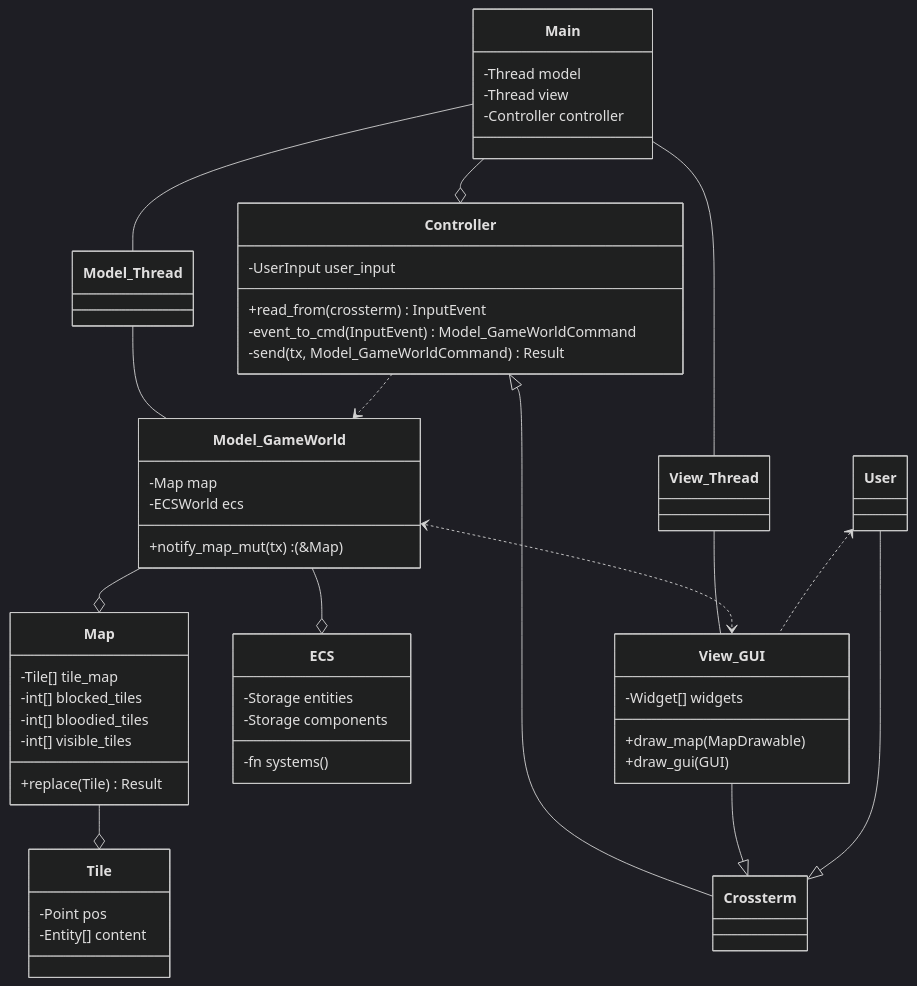
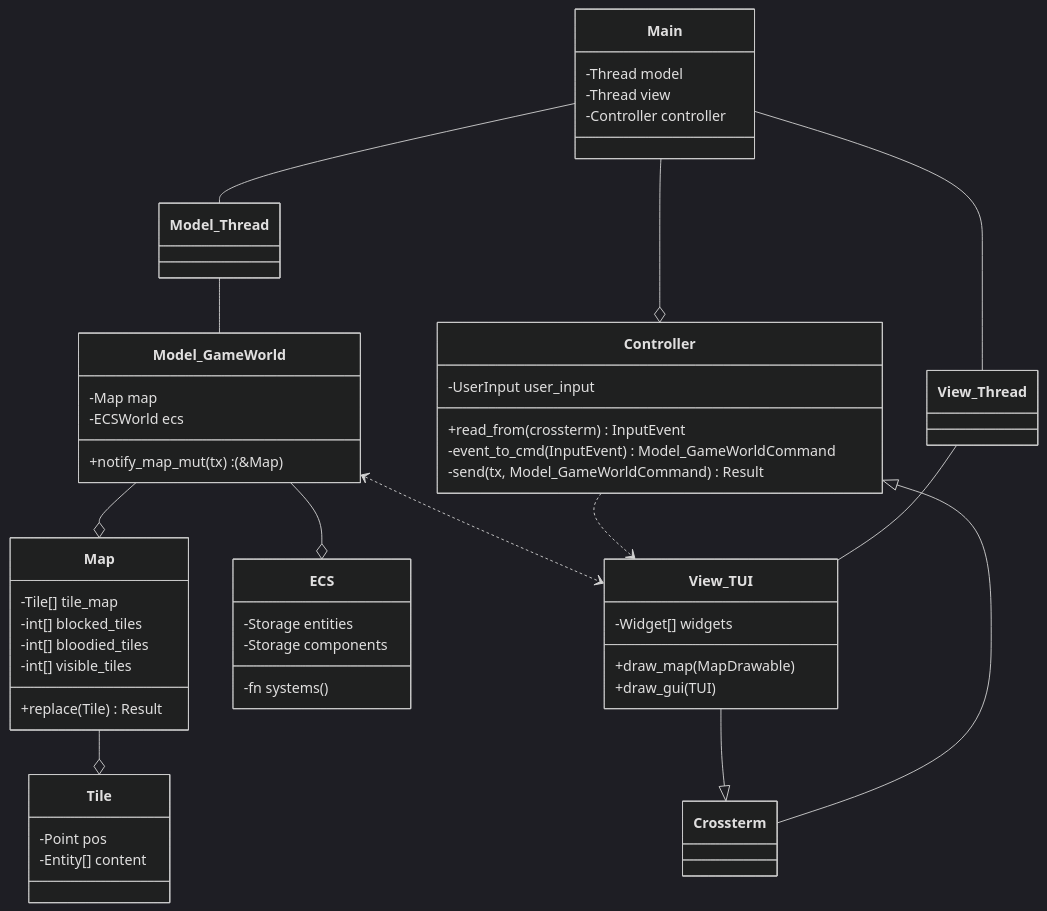
Before and after one commit to Jerome-M-StMartin/goblin-rl: the diagram in mermaid/class_diagram.md, drawn with Mermaid (dark theme). The commit also changed 11 other files, not shown here.

Commit message:
channel architecture and control flow updated, map work, etc.

```diff
--- a/mermaid/class_diagram.md
+++ b/mermaid/class_diagram.md
@@ -50,25 +50,23 @@
             -fn systems()
         }
 
-    class View_GUI {
+    class View_TUI {
         -Widget[] widgets
 
         +draw_map(MapDrawable)
-        +draw_gui(GUI)
+        +draw_gui(TUI)
     }
 
 
 %% Relationships
 
 
-    %% Connected Across Thread Boundry
-    User <.. View_GUI
-    Model_GameWorld <..> View_GUI
-    Controller ..> Model_GameWorld
+    %% Connected Across Thread Boundry via Channels
+    Model_GameWorld <..> View_TUI
+    Controller ..> View_TUI
 
     %% A mutates B directly (most stuff mutates self based on input)
-    User --|> Crossterm
-    View_GUI --|> Crossterm
+    View_TUI --|> Crossterm
 
     %% A reads from B (no mutation)
     Crossterm --|> Controller
@@ -79,7 +77,7 @@
     Model_GameWorld --o ECS
 
     %% Threads
-    View_Thread -- View_GUI
+    View_Thread -- View_TUI
     Main --o Controller
     Main -- Model_Thread
     Main -- View_Thread
```
